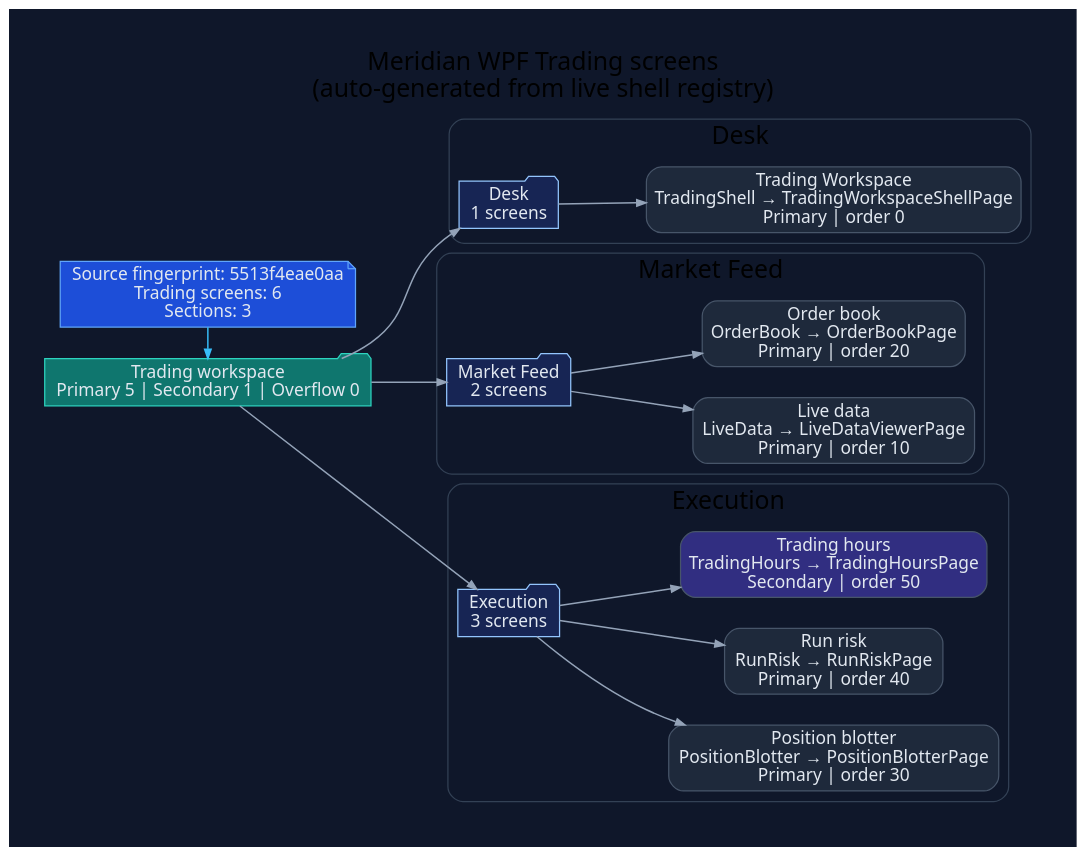
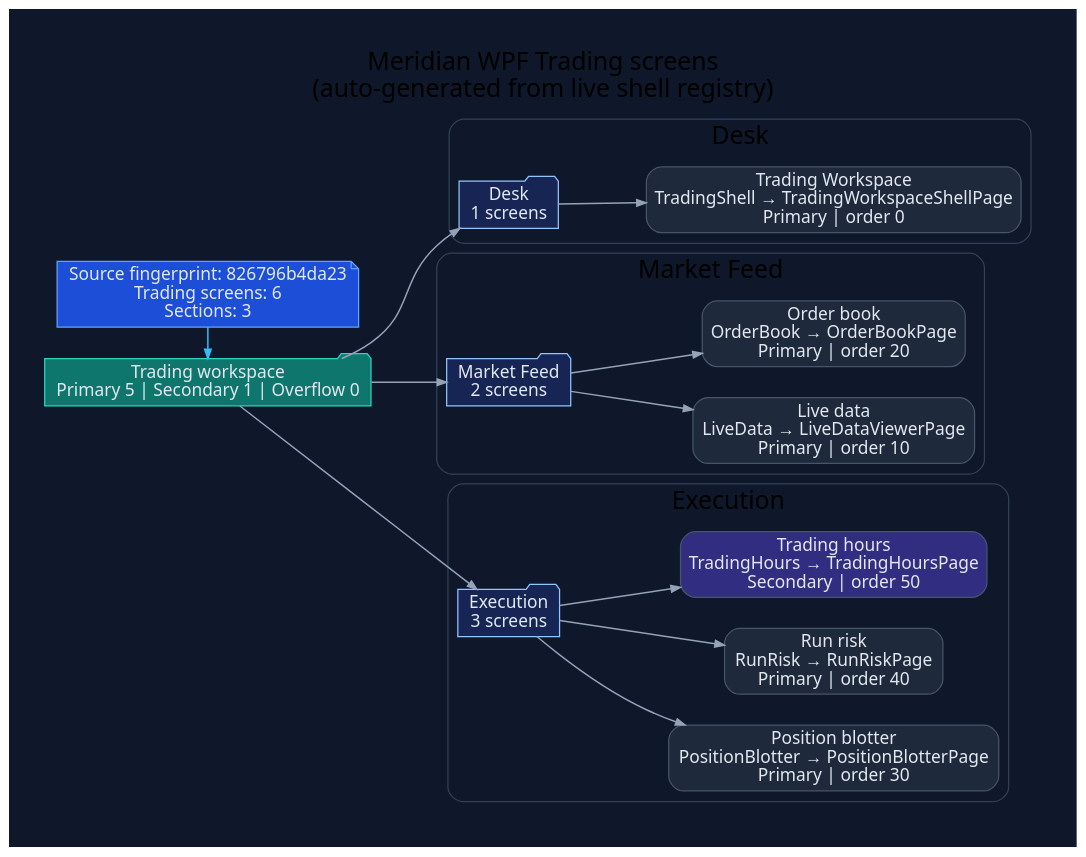
Before and after one commit to rodoHasArrived/Meridian-main: the diagram in docs/diagrams/ui-wpf-screens-trading.dot, drawn with Graphviz. The commit also changed 54 other files, not shown here.

```diff
--- a/docs/diagrams/ui-wpf-screens-trading.dot
+++ b/docs/diagrams/ui-wpf-screens-trading.dot
@@ -1,62 +1,62 @@
 // -----------------------------------------------------------------------------
 // <auto-generated>
 // Generated by scripts/generate-diagrams.mjs.
 // Do not edit this file directly; update the WPF source files instead.
 // -----------------------------------------------------------------------------
 digraph WpfTradingScreens {
   graph [
     rankdir=LR,
     labelloc=t,
     label="Meridian WPF Trading screens\n(auto-generated from live shell registry)",
     fontname="Segoe UI",
     fontsize=20,
     pad=0.4,
     nodesep=0.35,
     ranksep=0.85,
     bgcolor="#0f172a"
   ];
   node [fontname="Segoe UI", shape=box, style="rounded,filled", color="#475569", fontcolor="#e2e8f0", fillcolor="#1e293b"];
   edge [fontname="Segoe UI", color="#94a3b8", penwidth=1.2, arrowsize=0.75];
 
-  generated [shape=note, fillcolor="#1d4ed8", color="#60a5fa", label="Source fingerprint: 5513f4eae0aa\nTrading screens: 6\nSections: 3"];
+  generated [shape=note, fillcolor="#1d4ed8", color="#60a5fa", label="Source fingerprint: 826796b4da23\nTrading screens: 6\nSections: 3"];
   workspace [shape=folder, fillcolor="#0f766e", color="#2dd4bf", label="Trading workspace\nPrimary 5 | Secondary 1 | Overflow 0"];
   generated -> workspace [color="#38bdf8"];
 
   subgraph cluster_section_1 {
     label="Desk";
     color="#334155";
     style="rounded";
     section_1 [shape=folder, fillcolor="#172554", color="#93c5fd", label="Desk\n1 screens"];
     workspace -> section_1;
     screen_TradingShell [fillcolor="#1e293b", label="Trading Workspace\nTradingShell → TradingWorkspaceShellPage\nPrimary | order 0"];
     section_1 -> screen_TradingShell;
   }
 
   subgraph cluster_section_2 {
     label="Market Feed";
     color="#334155";
     style="rounded";
     section_2 [shape=folder, fillcolor="#172554", color="#93c5fd", label="Market Feed\n2 screens"];
     workspace -> section_2;
     screen_LiveData [fillcolor="#1e293b", label="Live data\nLiveData → LiveDataViewerPage\nPrimary | order 10"];
     section_2 -> screen_LiveData;
     screen_OrderBook [fillcolor="#1e293b", label="Order book\nOrderBook → OrderBookPage\nPrimary | order 20"];
     section_2 -> screen_OrderBook;
   }
 
   subgraph cluster_section_3 {
     label="Execution";
     color="#334155";
     style="rounded";
     section_3 [shape=folder, fillcolor="#172554", color="#93c5fd", label="Execution\n3 screens"];
     workspace -> section_3;
     screen_PositionBlotter [fillcolor="#1e293b", label="Position blotter\nPositionBlotter → PositionBlotterPage\nPrimary | order 30"];
     section_3 -> screen_PositionBlotter;
     screen_RunRisk [fillcolor="#1e293b", label="Run risk\nRunRisk → RunRiskPage\nPrimary | order 40"];
     section_3 -> screen_RunRisk;
     screen_TradingHours [fillcolor="#312e81", label="Trading hours\nTradingHours → TradingHoursPage\nSecondary | order 50"];
     section_3 -> screen_TradingHours;
   }
 
   { rank=min; generated; workspace; }
 }
```
